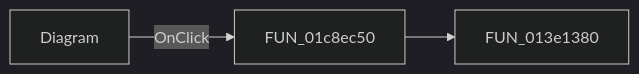
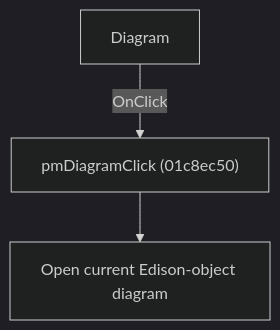
One commit to MovGP0/TIARA changed the diagram in docs/ui-controls/schematiceditor/pmdiagram-76c0b44784.md. Above: the diagram before and after it, drawn with Mermaid (dark theme). The commit also changed other lines of this file and 1062 other files, not shown here.

````diff
--- a/docs/ui-controls/schematiceditor/pmdiagram-76c0b44784.md
+++ b/docs/ui-controls/schematiceditor/pmdiagram-76c0b44784.md
@@ -27,5 +27,5 @@
 ```mermaid
-flowchart LR
-    control["Diagram"] -->|OnClick| handler["FUN_01c8ec50"]
-    handler --> call1["FUN_013e1380"]
+flowchart TD
+    control["Diagram"] -->|"OnClick"| handler["pmDiagramClick (01c8ec50)"]
+    handler --> action["Open current Edison-object diagram"]
 ```
````
